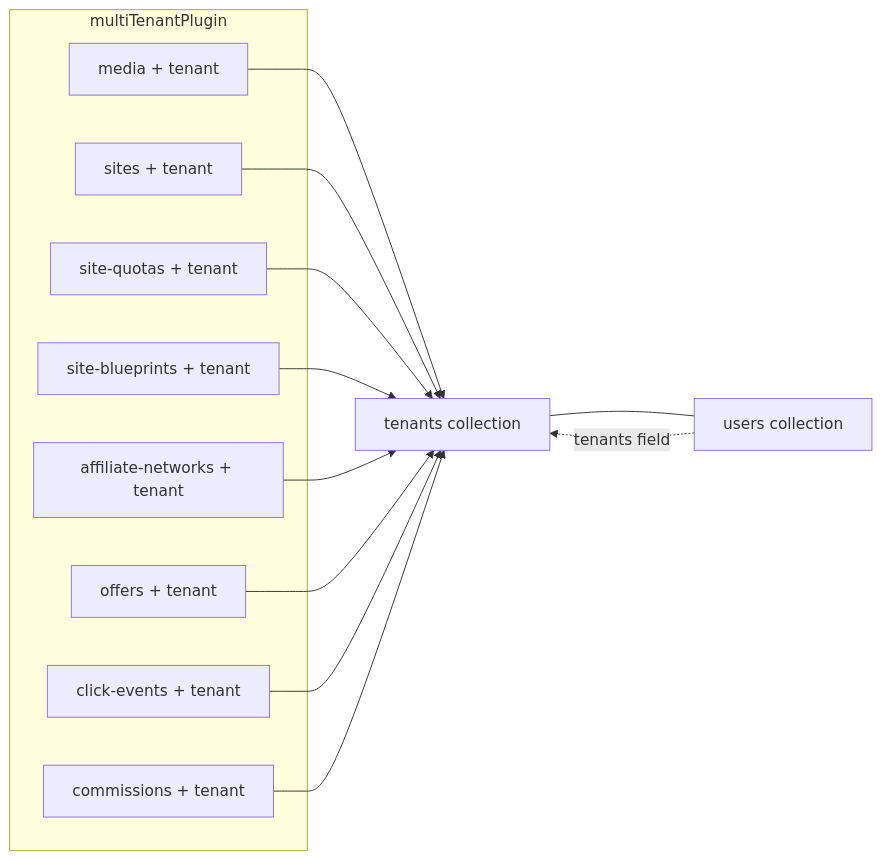
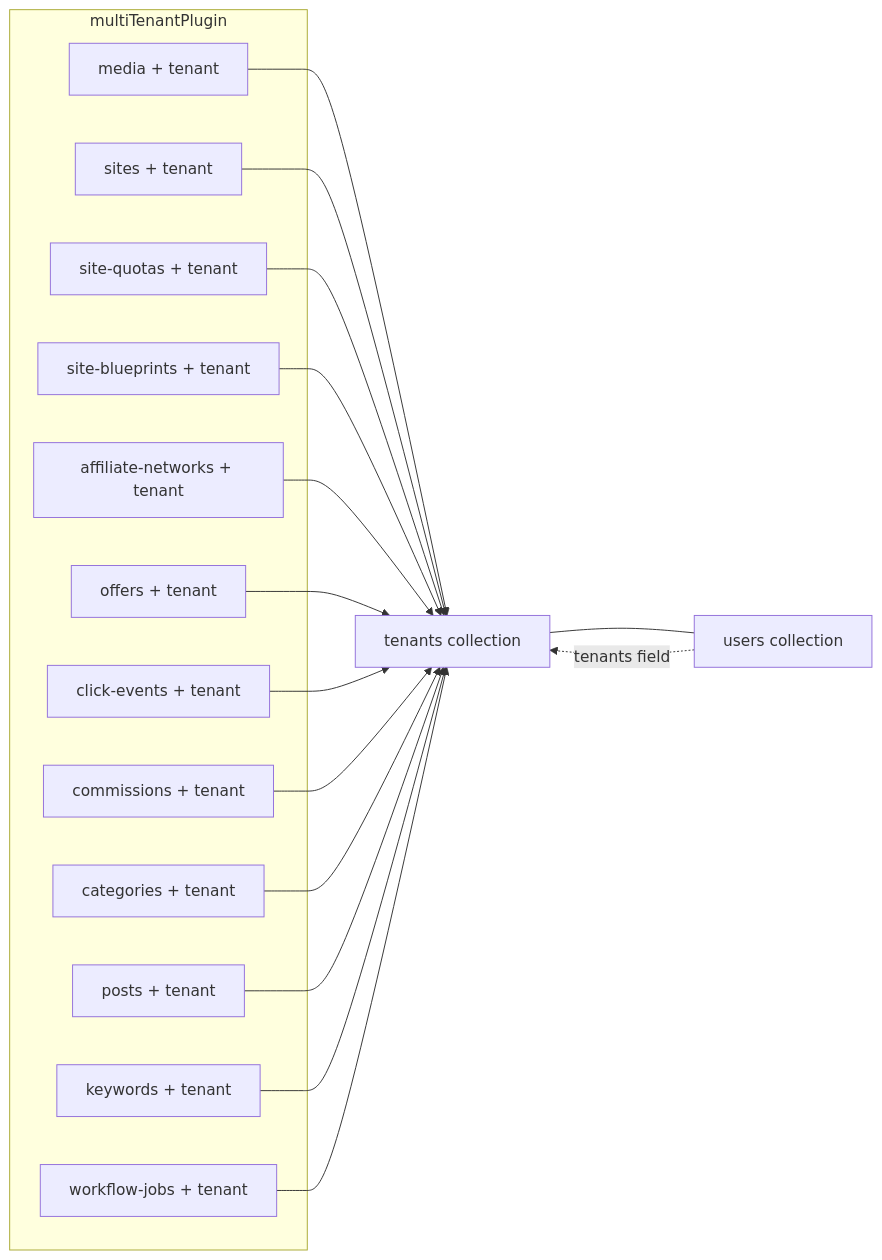
The diagram in admin_集合与菜单清单_b67b5100.plan.md (Begin-Source/payload-1), drawn with Mermaid before and after one commit. The commit also changed other lines of this file and 12 other files, not shown here.

First line of the commit message:
feat(admin): phase D content — categories, posts, keywords, workflow-jobs

````diff
--- a/admin_集合与菜单清单_b67b5100.plan.md
+++ b/admin_集合与菜单清单_b67b5100.plan.md
@@ -88,25 +96,33 @@
 ```mermaid
 flowchart LR
   subgraph plugin [multiTenantPlugin]
     Media[media + tenant]
     Sites[sites + tenant]
     Quotas[site-quotas + tenant]
     Blueprints[site-blueprints + tenant]
     Networks[affiliate-networks + tenant]
     Offers[offers + tenant]
     Clicks[click-events + tenant]
     Commissions[commissions + tenant]
+    Categories[categories + tenant]
+    PostsP[posts + tenant]
+    Kws[keywords + tenant]
+    Wf[workflow-jobs + tenant]
   end
   Tenants[tenants collection]
   Users[users collection]
   Tenants --- Users
   Users -. tenants field .-> Tenants
   Media --> Tenants
   Sites --> Tenants
   Quotas --> Tenants
   Blueprints --> Tenants
   Networks --> Tenants
   Offers --> Tenants
   Clicks --> Tenants
   Commissions --> Tenants
+  Categories --> Tenants
+  PostsP --> Tenants
+  Kws --> Tenants
+  Wf --> Tenants
 ```
````
